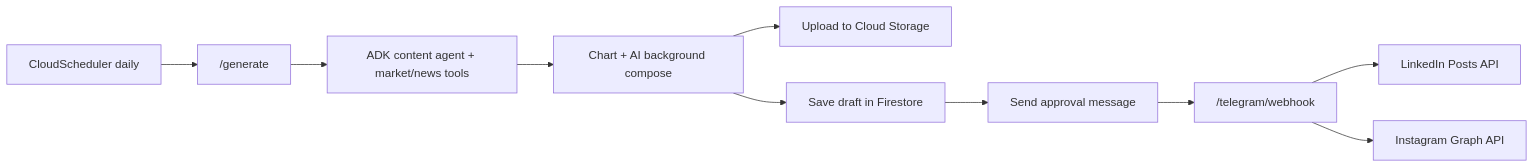
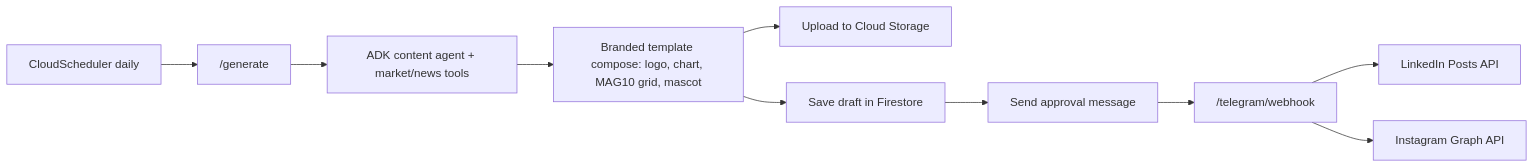
One commit to abirjameel/stock-market-social-agent changed the diagram in README.md. Above: the diagram before and after it, drawn with Mermaid. The commit also changed other lines of this file and 11 other files, not shown here.

````diff
--- a/README.md
+++ b/README.md
@@ -13,12 +13,12 @@
 ```mermaid
 flowchart LR
     Scheduler[CloudScheduler daily] --> Generate["/generate"]
     Generate --> ADK[ADK content agent + market/news tools]
-    ADK --> Image[Chart + AI background compose]
+    ADK --> Image[Branded template compose: logo, chart, MAG10 grid, mascot]
     Image --> GCS[Upload to Cloud Storage]
     Image --> Draft[Save draft in Firestore]
     Draft --> Telegram[Send approval message]
     Telegram --> Webhook["/telegram/webhook"]
     Webhook --> LinkedIn[LinkedIn Posts API]
     Webhook --> Instagram[Instagram Graph API]
 ```
````
